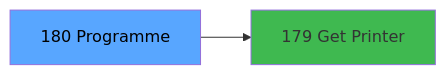
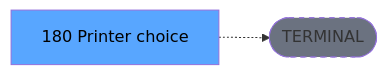
The third of 3 diagrams in .openspec/renders/ADH-IDE-180.md (thonyAGP/lecteur-magic), drawn with Mermaid before and after one commit. The commit also changed other lines of this file and 701 other files, not shown here.

````diff
--- a/.openspec/renders/ADH-IDE-180.md
+++ b/.openspec/renders/ADH-IDE-180.md
@@ -159,8 +138,8 @@
 ```mermaid
 graph LR
-    T[180 Programme]
-    C179[179 Get Printer]
-    T --> C179
+    T[180 Printer choice]
+    TERM([TERMINAL])
+    T -.-> TERM
+    style TERM fill:#6b7280,stroke-dasharray: 5 5
     style T fill:#58a6ff,color:#000
-    style C179 fill:#3fb950
 ```
````
